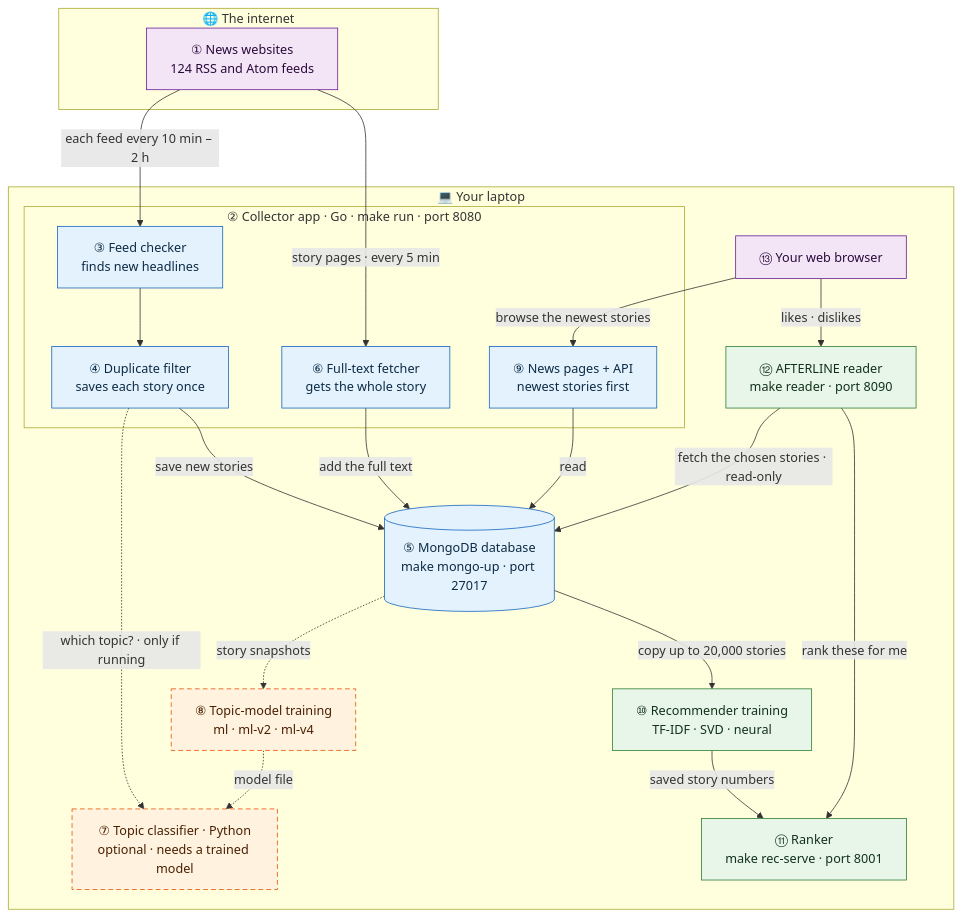
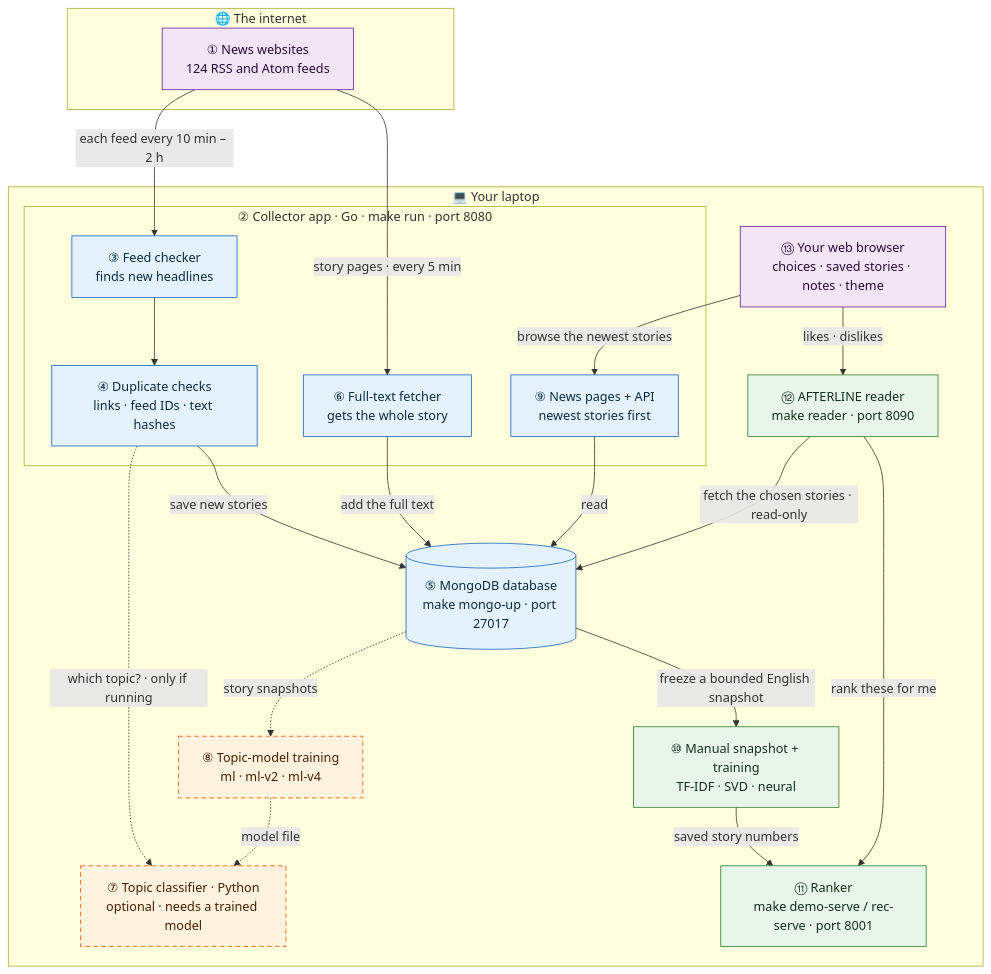
The diagram in docs/assets/system-overview.mmd (mhd-riaz/news-bot), drawn with Mermaid before and after one commit. The commit also changed 60 other files, not shown here.

```diff
--- a/docs/assets/system-overview.mmd
+++ b/docs/assets/system-overview.mmd
@@ -1,47 +1,47 @@
 %% The big picture of news-bot running on your own laptop.
 %% README.md section 3 shows this same diagram; keep the two copies in sync.
 flowchart TB
     subgraph NET["🌐 The internet"]
         N1["① News websites<br/>124 RSS and Atom feeds"]
     end
 
     subgraph LAPTOP["💻 Your laptop"]
         subgraph APP["② Collector app · Go · make run · port 8080"]
             N3["③ Feed checker<br/>finds new headlines"]
-            N4["④ Duplicate filter<br/>saves each story once"]
+            N4["④ Duplicate checks<br/>links · feed IDs · text hashes"]
             N6["⑥ Full-text fetcher<br/>gets the whole story"]
             N9["⑨ News pages + API<br/>newest stories first"]
         end
         N5[("⑤ MongoDB database<br/>make mongo-up · port 27017")]
         N7["⑦ Topic classifier · Python<br/>optional · needs a trained model"]
         N8["⑧ Topic-model training<br/>ml · ml-v2 · ml-v4"]
-        N10["⑩ Recommender training<br/>TF-IDF · SVD · neural"]
-        N11["⑪ Ranker<br/>make rec-serve · port 8001"]
+        N10["⑩ Manual snapshot + training<br/>TF-IDF · SVD · neural"]
+        N11["⑪ Ranker<br/>make demo-serve / rec-serve · port 8001"]
         N12["⑫ AFTERLINE reader<br/>make reader · port 8090"]
-        N13["⑬ Your web browser"]
+        N13["⑬ Your web browser<br/>choices · saved stories · notes · theme"]
     end
 
     N1 -- "each feed every 10 min – 2 h" --> N3
     N3 --> N4
     N4 -- "save new stories" --> N5
     N4 -. "which topic? · only if running" .-> N7
     N1 -- "story pages · every 5 min" --> N6
     N6 -- "add the full text" --> N5
     N5 -. "story snapshots" .-> N8
     N8 -. "model file" .-> N7
     N13 -- "browse the newest stories" --> N9
     N9 -- "read" --> N5
-    N5 -- "copy up to 20,000 stories" --> N10
+    N5 -- "freeze a bounded English snapshot" --> N10
     N10 -- "saved story numbers" --> N11
     N13 -- "likes · dislikes" --> N12
     N12 -- "rank these for me" --> N11
     N12 -- "fetch the chosen stories · read-only" --> N5
 
     classDef core fill:#e3f2fd,stroke:#1565c0,color:#0d2b45
     classDef rec fill:#e8f5e9,stroke:#2e7d32,color:#12321a
     classDef optional fill:#fff3e0,stroke:#e65100,stroke-dasharray:6 4,color:#4a1f00
     classDef ext fill:#f3e5f5,stroke:#6a1b9a,color:#2a0a3d
     class N1,N13 ext
     class N3,N4,N5,N6,N9 core
     class N7,N8 optional
     class N10,N11,N12 rec
```
